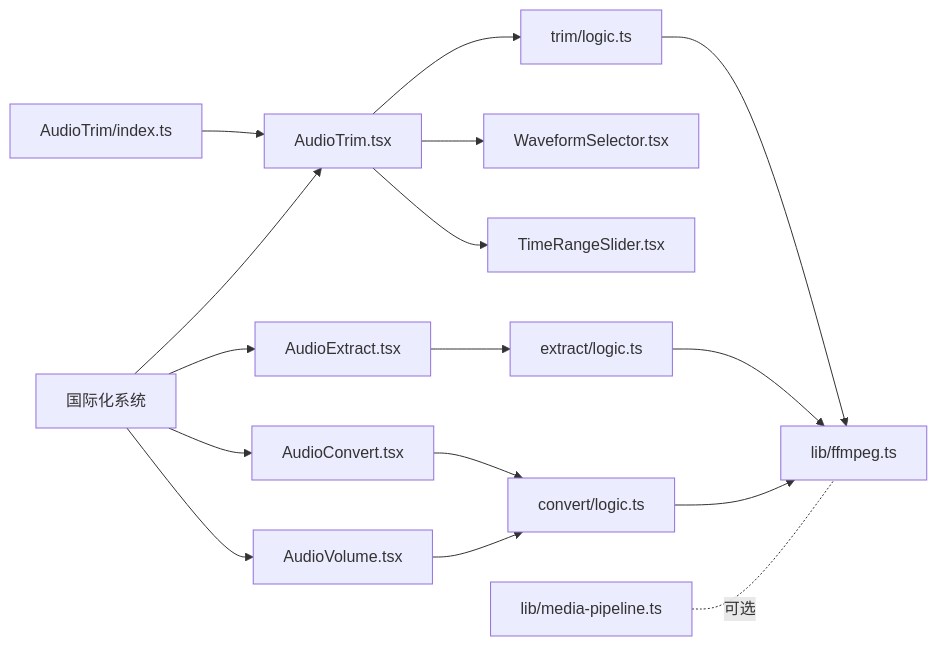
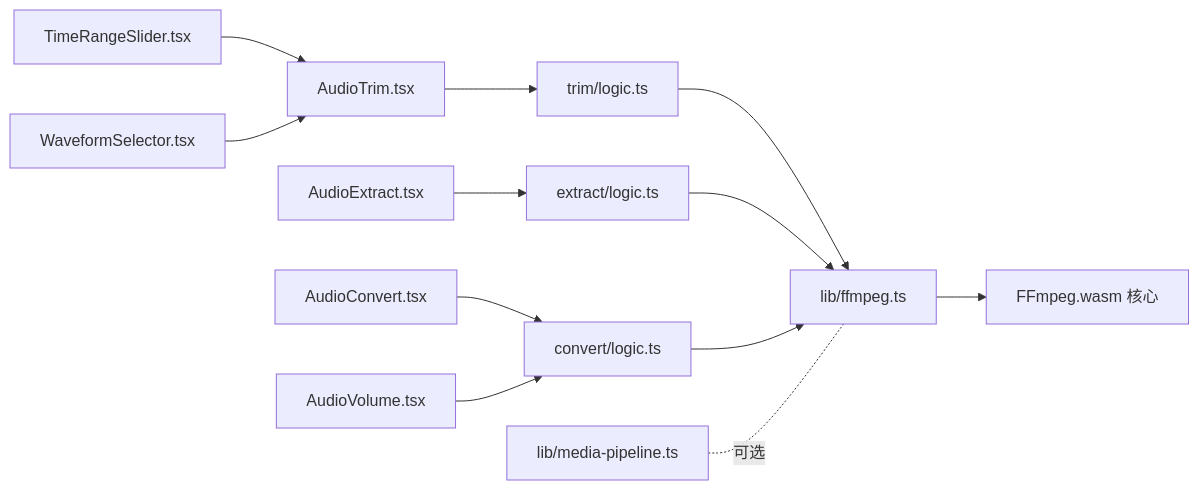
Before and after one commit to sgyy/privadeck: the third of 3 diagrams in .qoder/repowiki/zh/content/音频工具/音频剪辑.md, drawn with Mermaid. The commit also changed other lines of this file and 48 other files, not shown here.

````diff
--- a/.qoder/repowiki/zh/content/音频工具/音频剪辑.md
+++ b/.qoder/repowiki/zh/content/音频工具/音频剪辑.md
@@ -354,18 +371,14 @@
 ```mermaid
 graph LR
 A["AudioTrim.tsx"] --> B["trim/logic.ts"]
-A --> C["WaveformSelector.tsx"]
-A --> D["TimeRangeSlider.tsx"]
-E["AudioExtract.tsx"] --> F["extract/logic.ts"]
-G["AudioConvert.tsx"] --> H["convert/logic.ts"]
-I["AudioVolume.tsx"] --> H
-B --> J["lib/ffmpeg.ts"]
-F --> J
-H --> J
-K["国际化系统"] --> A
-K --> E
-K --> G
-K --> I
-L["AudioTrim/index.ts"] --> A
-M["lib/media-pipeline.ts"] -. 可选 .- J
+C["AudioExtract.tsx"] --> D["extract/logic.ts"]
+E["AudioConvert.tsx"] --> F["convert/logic.ts"]
+B --> G["lib/ffmpeg.ts"]
+D --> G
+F --> G
+H["AudioVolume.tsx"] --> F
+G --> I["FFmpeg.wasm 核心"]
+J["lib/media-pipeline.ts"] -. 可选 .- G
+K["TimeRangeSlider.tsx"] --> A
+L["WaveformSelector.tsx"] --> A
 ```
````
